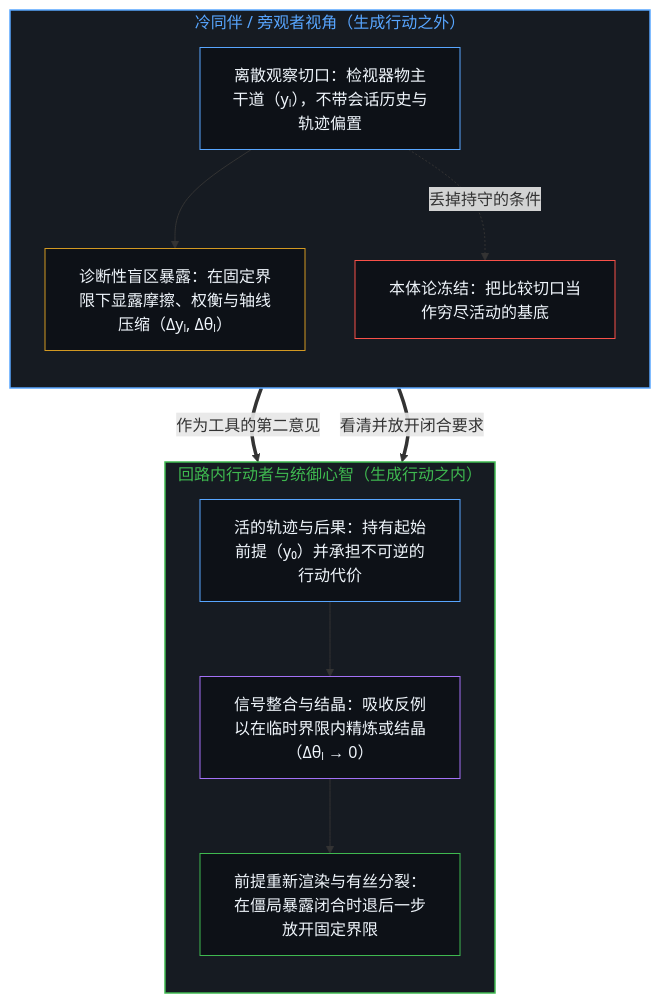
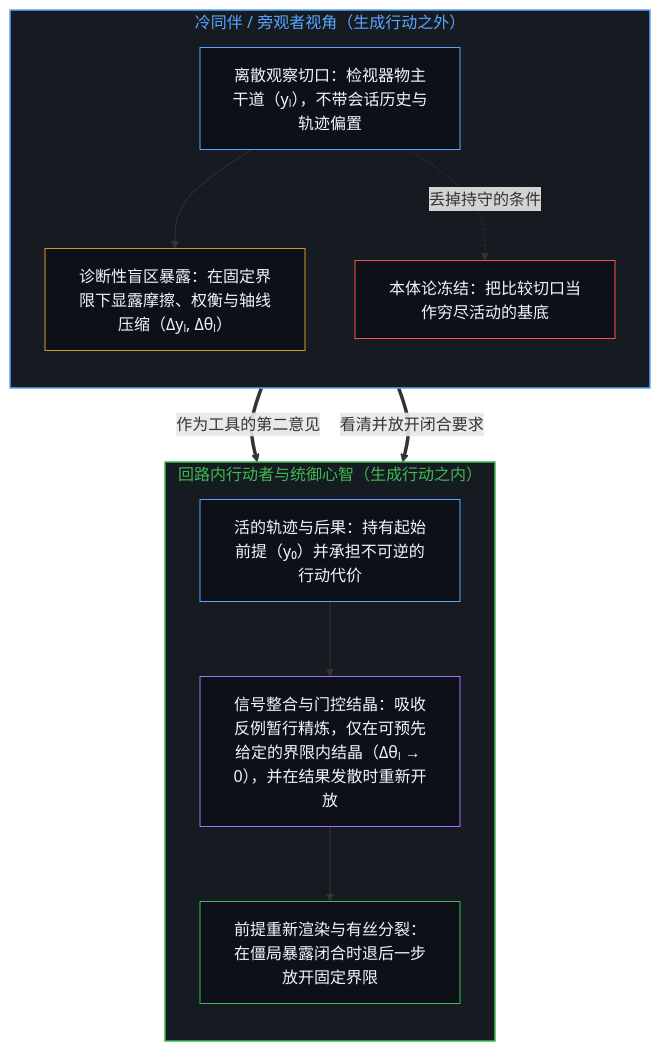
One commit to powerpig99/not-a-toe changed the first of 2 diagrams in content/posts/the-paradoxical-nature-of-bystander-insights.md. Above: the diagram before and after it, drawn with Mermaid. The commit also changed other lines of this file and 3 other files, not shown here.

````diff
--- a/content/posts/the-paradoxical-nature-of-bystander-insights.md
+++ b/content/posts/the-paradoxical-nature-of-bystander-insights.md
@@ -67,28 +67,28 @@
 ```mermaid
 flowchart TD
     subgraph S_Bystander["冷同伴 / 旁观者视角（生成行动之外）"]
         direction TB
         B_Cut["离散观察切口：检视器物主干道（yₗ），不带会话历史与轨迹偏置"]
         B_Signal["诊断性盲区暴露：在固定界限下显露摩擦、权衡与轴线压缩（Δyₗ, Δθₗ）"]
         B_Freeze["本体论冻结：把比较切口当作穷尽活动的基底"]
         B_Cut --> B_Signal
         B_Cut -.->|"丢掉持守的条件"| B_Freeze
     end
     subgraph S_Actor["回路内行动者与统御心智（生成行动之内）"]
         direction TB
         A_History["活的轨迹与后果：持有起始前提（y₀）并承担不可逆的行动代价"]
-        A_Integrate["信号整合与结晶：吸收反例以在临时界限内精炼或结晶（Δθₗ → 0）"]
+        A_Integrate["信号整合与门控结晶：吸收反例暂行精炼，仅在可预先给定的界限内结晶（Δθₗ → 0），并在结果发散时重新开放"]
         A_Expand["前提重新渲染与有丝分裂：在僵局暴露闭合时退后一步放开固定界限"]
         A_History --> A_Integrate --> A_Expand
     end
     B_Signal ==>|"作为工具的第二意见"| A_Integrate
     B_Freeze ==>|"看清并放开闭合要求"| A_Expand
     style S_Bystander fill:#161b22,stroke:#58a6ff,stroke-width:1.5px,color:#58a6ff
     style S_Actor fill:#161b22,stroke:#3fb950,stroke-width:1.5px,color:#3fb950
     style B_Cut fill:#0d1117,stroke:#58a6ff,stroke-width:1px,color:#f0f6fc
     style B_Signal fill:#0d1117,stroke:#d29922,stroke-width:1px,color:#f0f6fc
     style B_Freeze fill:#0d1117,stroke:#f85149,stroke-width:1px,color:#f0f6fc
     style A_History fill:#0d1117,stroke:#58a6ff,stroke-width:1px,color:#f0f6fc
     style A_Integrate fill:#0d1117,stroke:#a371f7,stroke-width:1px,color:#f0f6fc
     style A_Expand fill:#0d1117,stroke:#3fb950,stroke-width:1px,color:#f0f6fc
 ```
````
